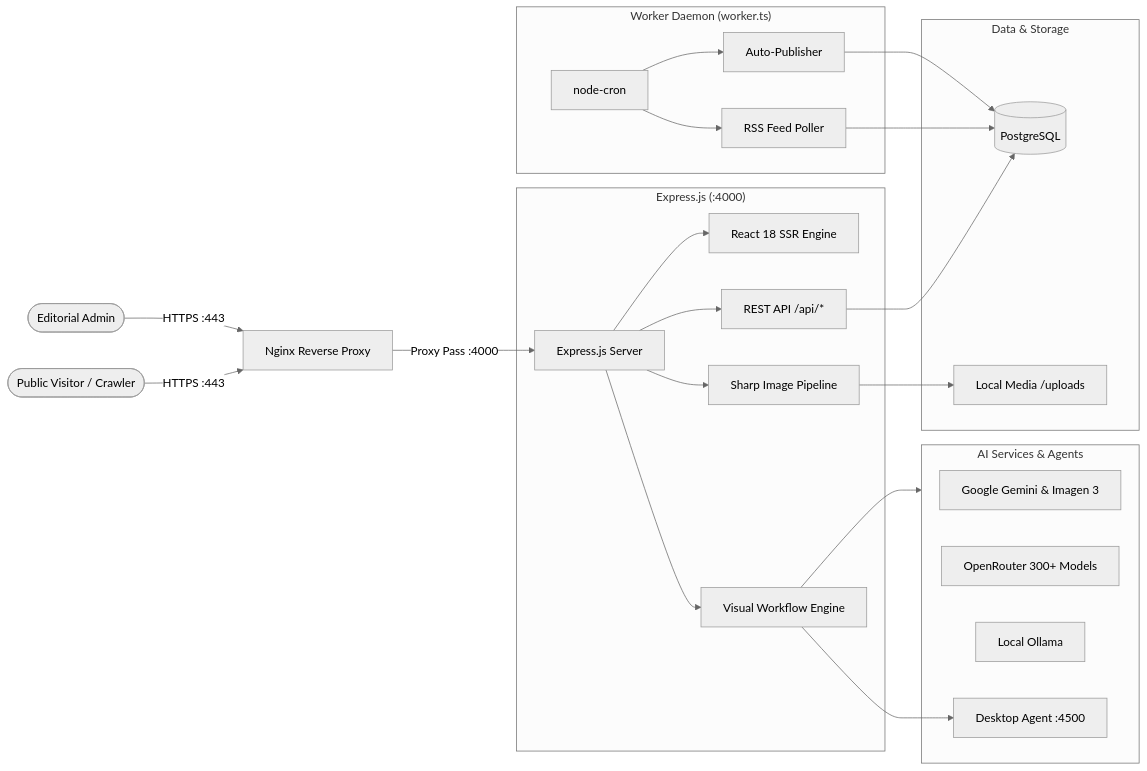
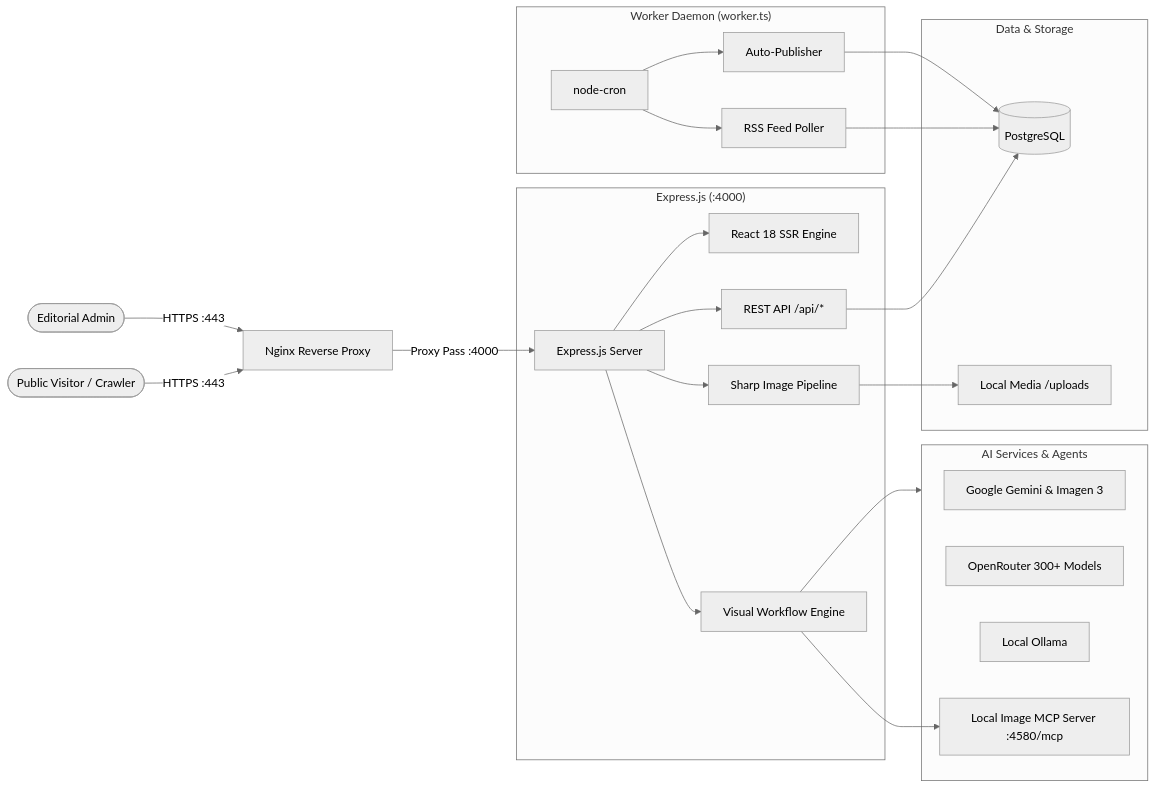
The diagram in README.md (omprxz/daily-build-blogs), drawn with Mermaid (neutral theme) before and after one commit. The commit also changed other lines of this file and 13 other files, not shown here.

````diff
--- a/README.md
+++ b/README.md
@@ -68,37 +68,37 @@
 ```mermaid
 graph LR
     User([Public Visitor / Crawler]) -->|HTTPS :443| Nginx[Nginx Reverse Proxy]
     Admin([Editorial Admin]) -->|HTTPS :443| Nginx
     Nginx -->|Proxy Pass :4000| Express[Express.js Server]
     
     subgraph CoreApplication ["Express.js (:4000)"]
         Express --> SSR[React 18 SSR Engine]
         Express --> API[REST API /api/*]
         Express --> Workflows[Visual Workflow Engine]
         Express --> Watermark[Sharp Image Pipeline]
     end
 
     subgraph BackgroundDaemon ["Worker Daemon (worker.ts)"]
         Cron[node-cron] --> Poller[RSS Feed Poller]
         Cron --> Publisher[Auto-Publisher]
     end
 
     subgraph DataStorage ["Data & Storage"]
         Postgres[(PostgreSQL)]
         Uploads[Local Media /uploads]
     end
 
     subgraph AIIntegrations ["AI Services & Agents"]
         Gemini[Google Gemini & Imagen 3]
         OpenRouter[OpenRouter 300+ Models]
         Ollama[Local Ollama]
-        Agent[Desktop Agent :4500]
+        Agent[Local Image MCP Server :4580/mcp]
     end
 
     API --> Postgres
     Poller --> Postgres
     Publisher --> Postgres
     Watermark --> Uploads
     Workflows --> AIIntegrations
     Workflows --> Agent
 ```
````
